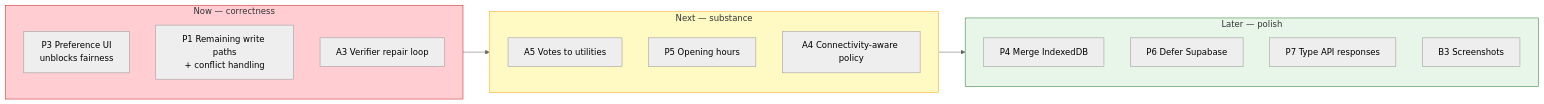
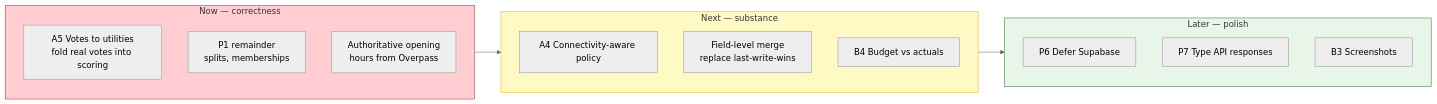
Before and after one commit to HarshTambade/Radiator-Routes: the diagram in docs/BACKLOG.md, drawn with Mermaid (neutral theme). The commit also changed other lines of this file and 29 other files, not shown here.

First line of the commit message:
feat: opening-hours verification, plan repair, preference input, offline hardening

````diff
--- a/docs/BACKLOG.md
+++ b/docs/BACKLOG.md
@@ -200,24 +241,23 @@
 ```mermaid
 flowchart LR
     subgraph NOW["Now — correctness"]
-        P3["P3 Preference UI<br/>unblocks fairness"]
-        P1["P1 Remaining write paths<br/>+ conflict handling"]
-        A3["A3 Verifier repair loop"]
+        A5["A5 Votes to utilities<br/>fold real votes into scoring"]
+        P1r["P1 remainder<br/>splits, memberships"]
+        HOURS["Authoritative opening<br/>hours from Overpass"]
     end
     subgraph NEXT["Next — substance"]
-        A5["A5 Votes to utilities"]
-        P5["P5 Opening hours"]
         A4["A4 Connectivity-aware policy"]
+        MERGE["Field-level merge<br/>replace last-write-wins"]
+        B4["B4 Budget vs actuals"]
     end
     subgraph LATER["Later — polish"]
-        P4["P4 Merge IndexedDB"]
         P6["P6 Defer Supabase"]
         P7["P7 Type API responses"]
         B3["B3 Screenshots"]
     end
     NOW --> NEXT --> LATER
 
     style NOW fill:#ffcdd2,stroke:#c62828
     style NEXT fill:#fff9c4,stroke:#f9a825
     style LATER fill:#e8f5e9,stroke:#2e7d32
 ```
````
